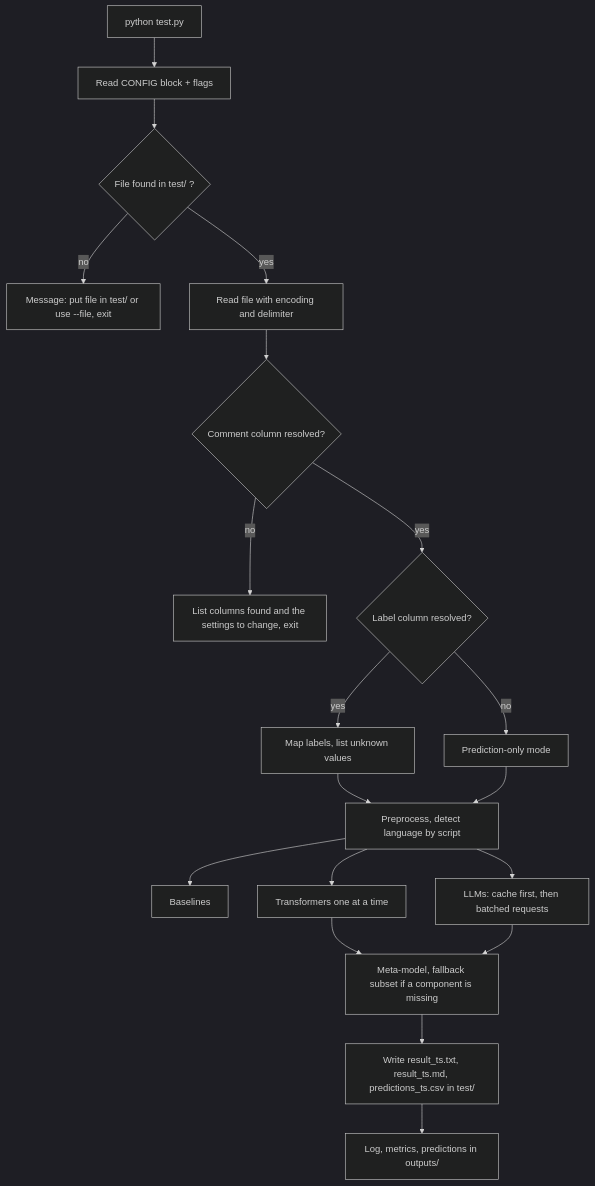
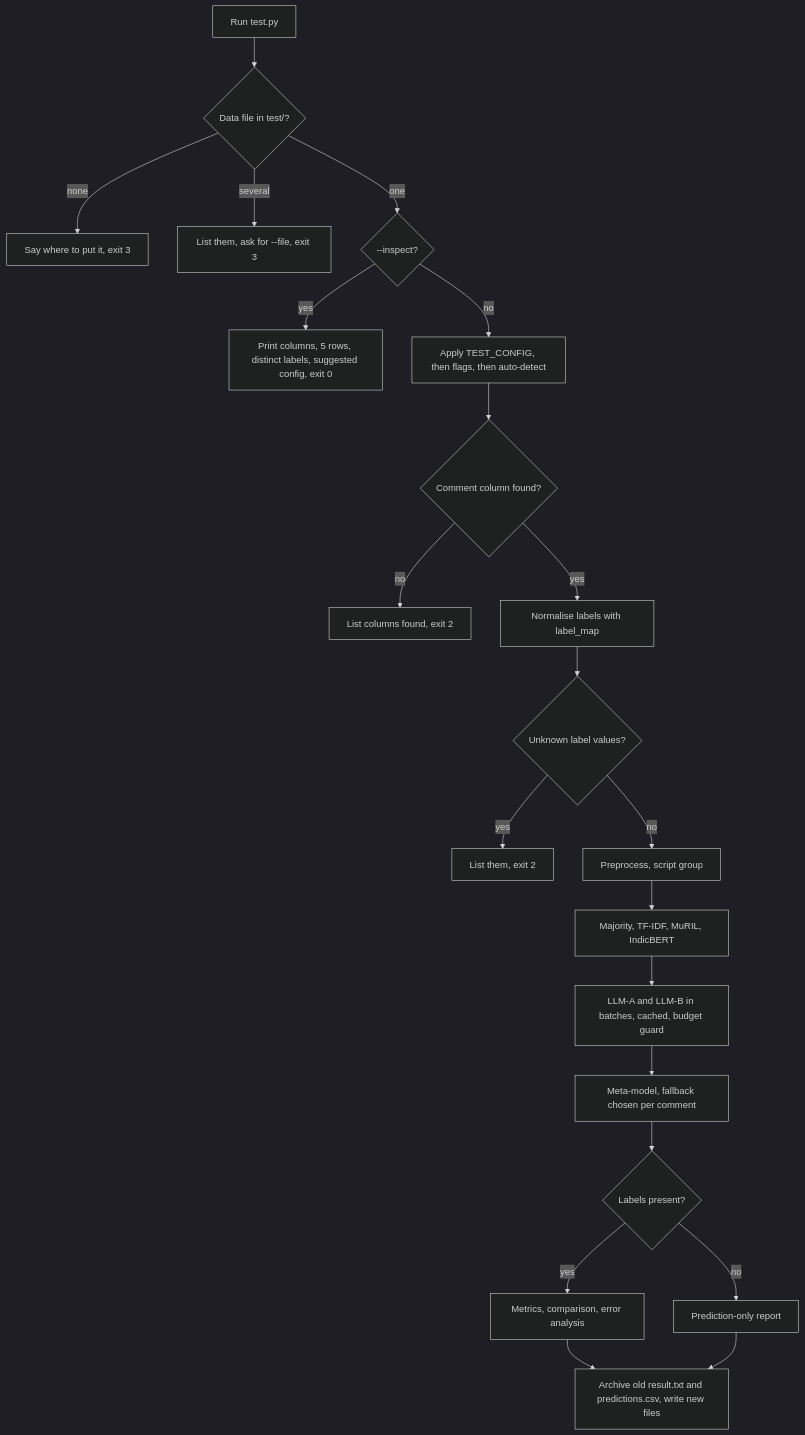
The fourth of 4 diagrams in docs/APP_FLOW.md (harshitagr42/EcoConsensus), drawn with Mermaid (dark theme) before and after one commit. The commit also changed other lines of this file and 11 other files, not shown here.

````diff
--- a/docs/APP_FLOW.md
+++ b/docs/APP_FLOW.md
@@ -79,21 +154,23 @@
 ```mermaid
 flowchart TD
-    S["python test.py"] --> CFG["Read CONFIG block + flags"]
-    CFG --> F{"File found in test/ ?"}
-    F -- no --> E1["Message: put file in test/ or use --file, exit"]
-    F -- yes --> R["Read file with encoding and delimiter"]
-    R --> COL{"Comment column resolved?"}
-    COL -- no --> E2["List columns found and the settings to change, exit"]
-    COL -- yes --> LAB{"Label column resolved?"}
-    LAB -- no --> PO["Prediction-only mode"]
-    LAB -- yes --> MAP["Map labels, list unknown values"]
-    MAP --> PP["Preprocess, detect language by script"]
-    PO --> PP
-    PP --> BASE["Baselines"]
-    PP --> TR["Transformers one at a time"]
-    PP --> LLM["LLMs: cache first, then batched requests"]
-    TR --> META["Meta-model, fallback subset if a component is missing"]
-    LLM --> META
-    META --> OUT["Write result_ts.txt, result_ts.md, predictions_ts.csv in test/"]
-    OUT --> LOG["Log, metrics, predictions in outputs/"]
+    S[Run test.py] --> F{Data file in test/?}
+    F -- none --> E1[Say where to put it, exit 3]
+    F -- several --> E2[List them, ask for --file, exit 3]
+    F -- one --> I{--inspect?}
+    I -- yes --> I1[Print columns, 5 rows, distinct labels, suggested config, exit 0]
+    I -- no --> M[Apply TEST_CONFIG, then flags, then auto-detect]
+    M --> C{Comment column found?}
+    C -- no --> E3[List columns found, exit 2]
+    C -- yes --> L[Normalise labels with label_map]
+    L --> U{Unknown label values?}
+    U -- yes --> E4[List them, exit 2]
+    U -- no --> P[Preprocess, script group]
+    P --> R[Majority, TF-IDF, MuRIL, IndicBERT]
+    R --> LL[LLM-A and LLM-B in batches, cached, budget guard]
+    LL --> ME[Meta-model, fallback chosen per comment]
+    ME --> Q{Labels present?}
+    Q -- yes --> X[Metrics, comparison, error analysis]
+    Q -- no --> Y[Prediction-only report]
+    X --> W[Archive old result.txt and predictions.csv, write new files]
+    Y --> W
 ```
````
